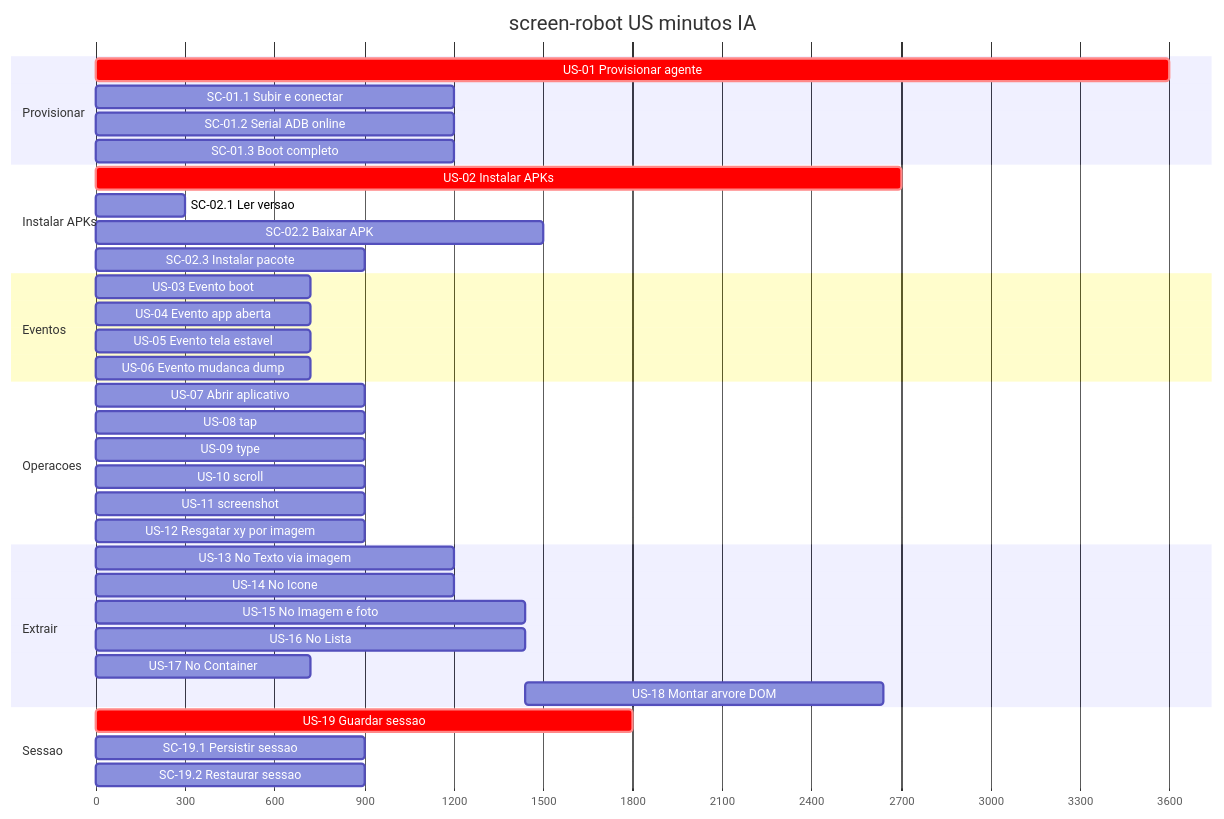
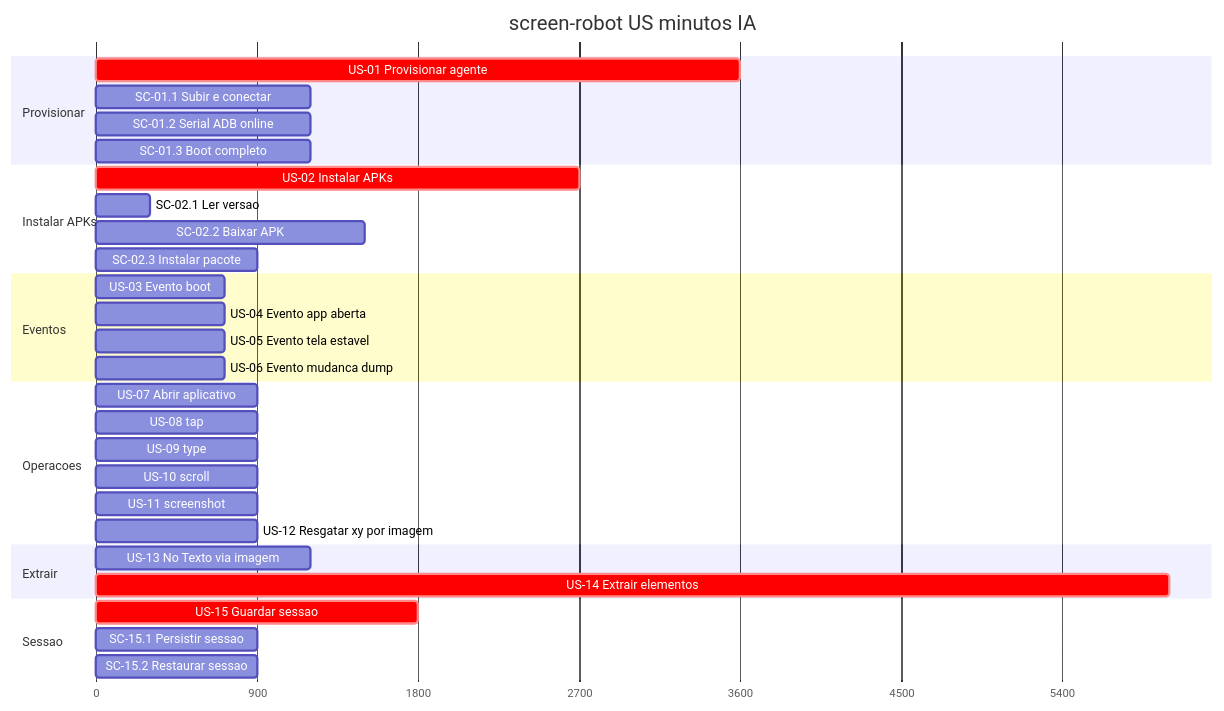
One commit to laerciogermano/workstation changed the first of 2 diagrams in core/tasks/README.md. Above: the diagram before and after it, drawn with Mermaid. The commit also changed other lines of this file and 3 other files, not shown here.

Commit message:
Consolida US-14..18 em US-14 Extrair elementos; sessão vira US-15.

````diff
--- a/core/tasks/README.md
+++ b/core/tasks/README.md
@@ -56,45 +51,41 @@
 ```mermaid
 gantt
   title screen-robot US minutos IA
   dateFormat X
   axisFormat %s
 
   section Provisionar
   US-01 Provisionar agente         :crit, p0, 0, 60m
   SC-01.1 Subir e conectar         :p1, 0, 20m
   SC-01.2 Serial ADB online        :p2, 0, 20m
   SC-01.3 Boot completo            :p3, 0, 20m
 
   section Instalar APKs
   US-02 Instalar APKs              :crit, i0, 0, 45m
   SC-02.1 Ler versao               :i1, 0, 5m
   SC-02.2 Baixar APK               :i2, 0, 25m
   SC-02.3 Instalar pacote          :i3, 0, 15m
 
   section Eventos
   US-03 Evento boot                :e1, 0, 12m
   US-04 Evento app aberta          :e2, 0, 12m
   US-05 Evento tela estavel        :e3, 0, 12m
   US-06 Evento mudanca dump        :e4, 0, 12m
 
   section Operacoes
   US-07 Abrir aplicativo           :o1, 0, 15m
   US-08 tap                        :o2, 0, 15m
   US-09 type                       :o3, 0, 15m
   US-10 scroll                     :o4, 0, 15m
   US-11 screenshot                 :o5, 0, 15m
   US-12 Resgatar xy por imagem     :o6, 0, 15m
 
   section Extrair
   US-13 No Texto via imagem        :x1, 0, 20m
-  US-14 No Icone                   :x2, 0, 20m
-  US-15 No Imagem e foto           :x3, 0, 24m
-  US-16 No Lista                   :x4, 0, 24m
-  US-17 No Container               :x5, 0, 12m
-  US-18 Montar arvore DOM          :x6, after x3, 20m
+  US-14 Extrair elementos          :crit, x2, 0, 100m
 
   section Sessao
-  US-19 Guardar sessao             :crit, s0, 0, 30m
-  SC-19.1 Persistir sessao         :s1, 0, 15m
-  SC-19.2 Restaurar sessao         :s2, 0, 15m
+  US-15 Guardar sessao             :crit, s0, 0, 30m
+  SC-15.1 Persistir sessao         :s1, 0, 15m
+  SC-15.2 Restaurar sessao         :s2, 0, 15m
 ```
````
